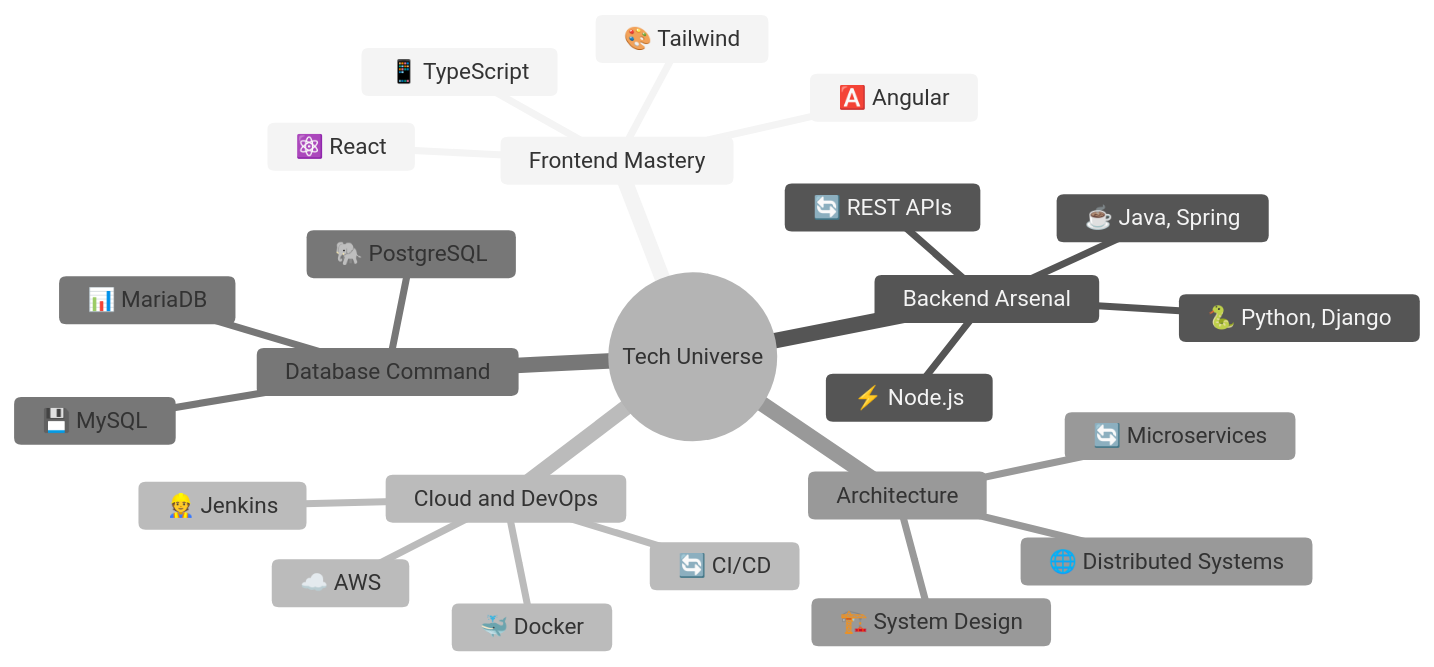
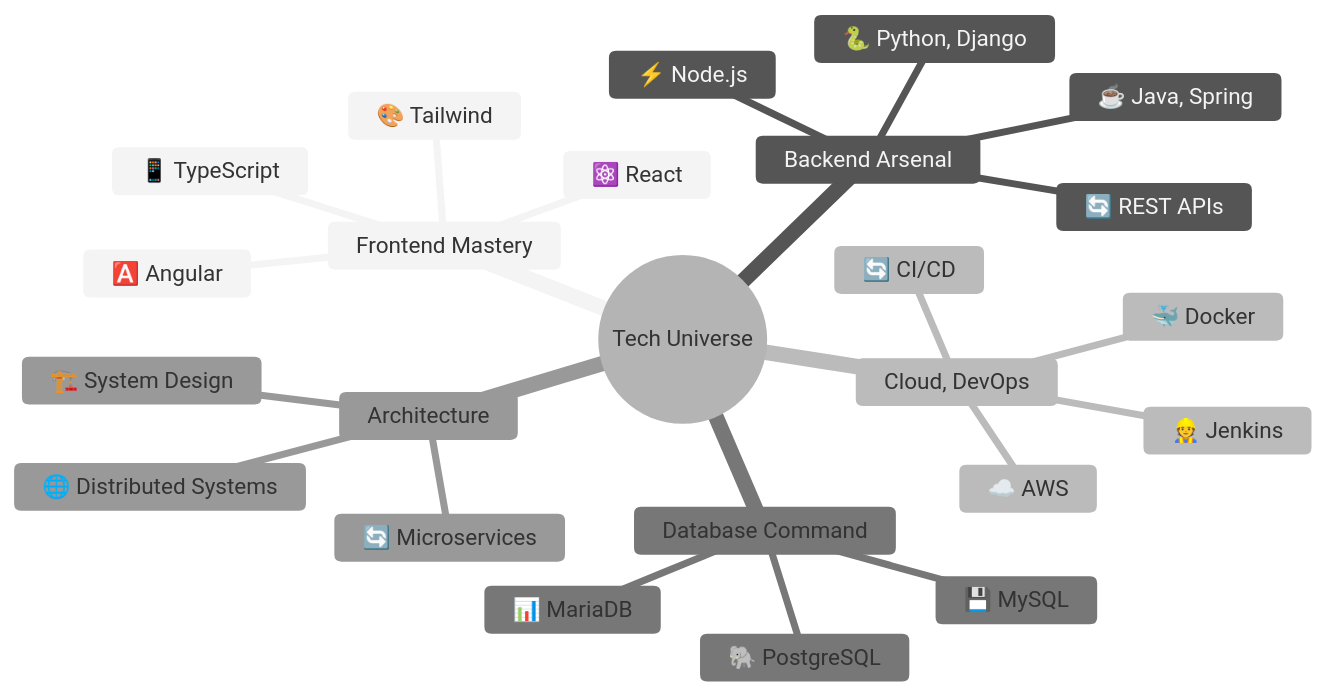
Before and after one commit to Pranith-21/Pranith-21: the diagram in README.md, drawn with Mermaid (neutral theme).

````diff
--- a/README.md
+++ b/README.md
@@ -22,27 +22,27 @@
 ```mermaid
 mindmap
   root((Tech Universe))
     Frontend Mastery
       ⚛️ React
       🅰️ Angular
       📱 TypeScript
       🎨 Tailwind
     Backend Arsenal
       ☕ Java, Spring
       🐍 Python, Django
       ⚡ Node.js
       🔄 REST APIs
-    Cloud and DevOps
+    Cloud, DevOps
       ☁️ AWS
       🐳 Docker
       🔄 CI/CD
       👷 Jenkins
     Database Command
       💾 MySQL
       🐘 PostgreSQL
       📊 MariaDB
     Architecture
       🏗️ System Design
       🔄 Microservices
       🌐 Distributed Systems
 ```
````
